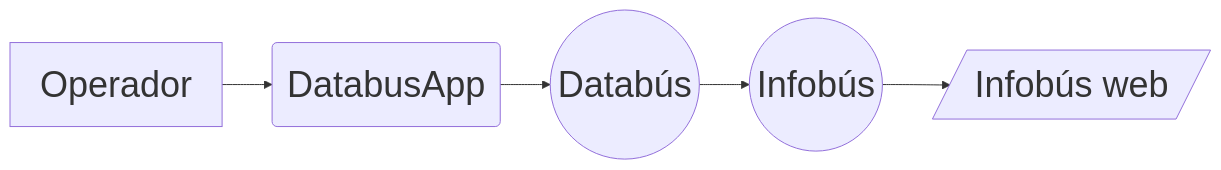
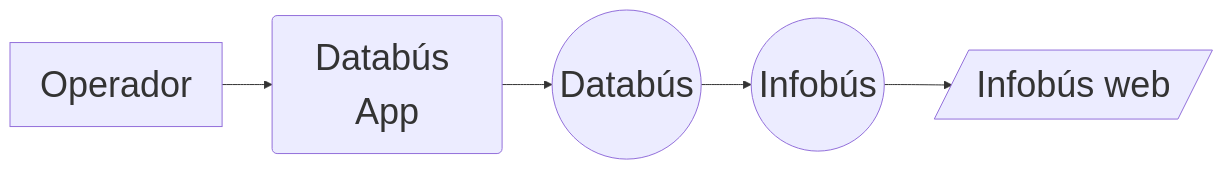
The diagram in pages/operators.md (simovilab/choferes), drawn with Mermaid before and after one commit. The commit also changed other lines of this file, not shown here.

Commit message:
fix: accents on DatabúsApp

````diff
--- a/pages/operators.md
+++ b/pages/operators.md
@@ -8,8 +8,8 @@
 ```mermaid
 %%{init: {'themeVariables': {'fontSize': '36px'}}}%%
 flowchart LR
-  C[Operador] --> A(DatabusApp)
+  C[Operador] --> A(Databús App)
   A --> D((Databús))
   D --> I((Infobús))
   I --> W[/Infobús web/]
 ```
````
